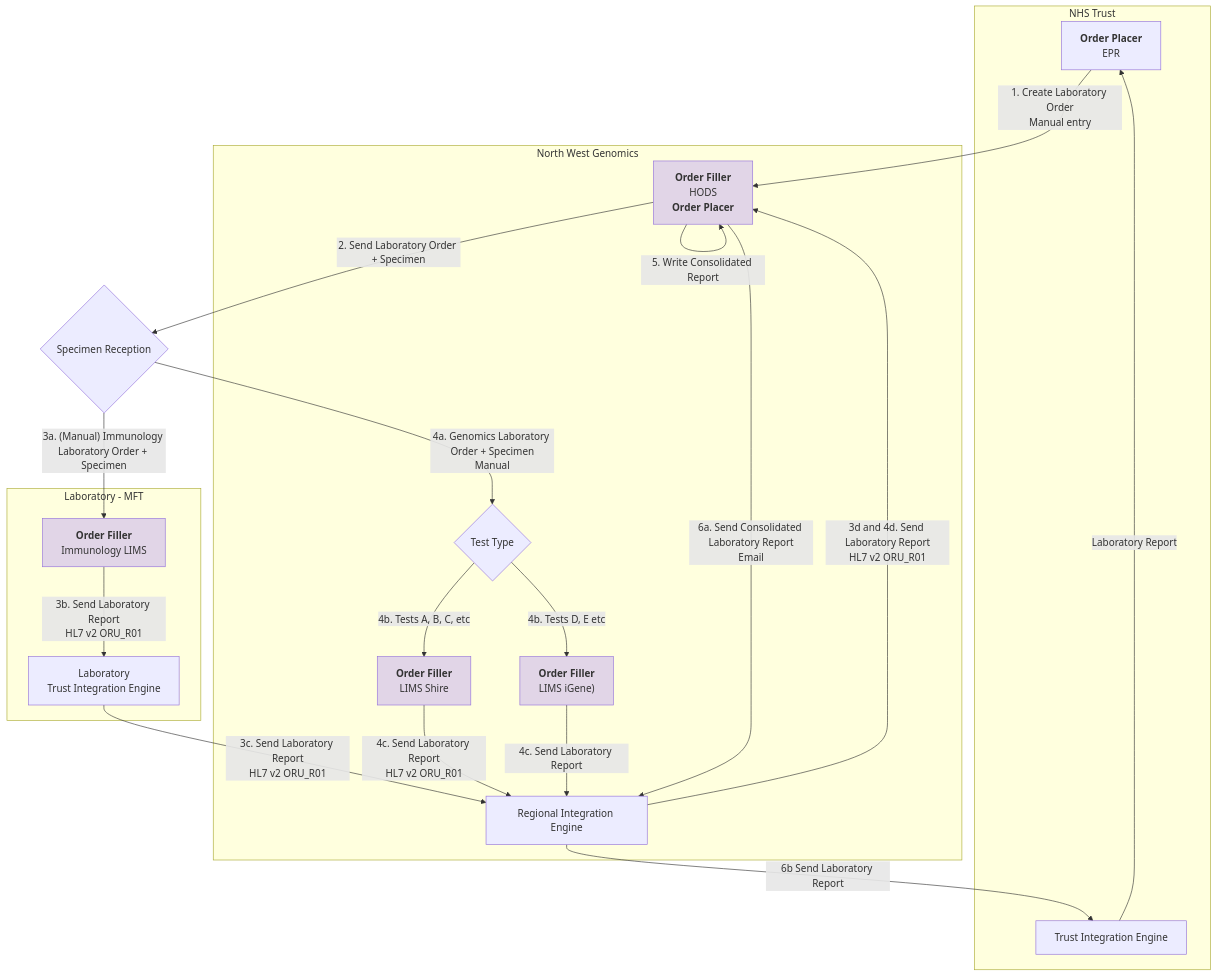
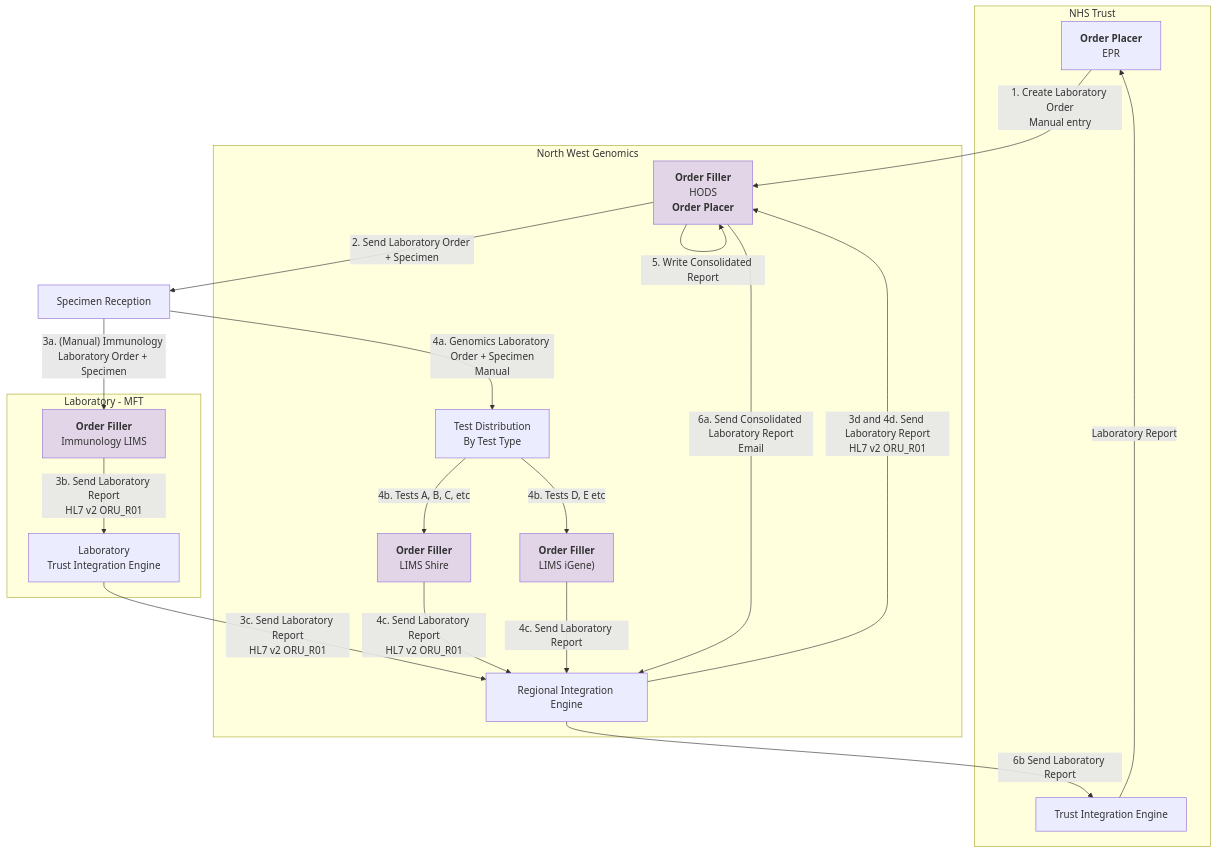
The fourth of 9 diagrams in input/pagecontent/introduction.md (uk-gov-mirror/nw-gmsa.nw-gmsa.github.com), drawn with Mermaid before and after one commit.

Commit message:
Refactored overview HIE

````diff
--- a/input/pagecontent/introduction.md
+++ b/input/pagecontent/introduction.md
@@ -130,40 +130,40 @@
 ```mermaid
 graph TD
 
     subgraph Trust[NHS Trust]
         EPR[<b>Order Placer</b><br/>EPR]
         TIE[Trust Integration Engine]
     end 
     EPR --> |"1. Create Laboratory Order<br/>Manual entry"| HODS
-    HODS --> |"2. Send Laboratory Order + Specimen<br/>"| MFTReception{Specimen Reception}
+    HODS --> |"2. Send Laboratory Order + Specimen<br/>"| MFTReception[Specimen Reception]
     MFTReception --> |"3a. (Manual) Immunology Laboratory Order + Specimen"| LIMS["<b>Order Filler</b><br/>Immunology LIMS"]
    
     subgraph Laboratory["Laboratory - MFT"]
     
         LIMS --> |3b. Send Laboratory Report<br/>HL7 v2 ORU_R01| LIE[Laboratory<br/>Trust Integration Engine]
         
     end 
     LIE --> |3c. Send Laboratory Report<br/>HL7 v2 ORU_R01| RIE
     RIE --> |3d and 4d. Send Laboratory Report<br/>HL7 v2 ORU_R01| HODS
     MFTReception --> |"4a. Genomics Laboratory Order + Specimen<br/>Manual"| TestType
     subgraph NWGenomics[North West Genomics]
         RIE["Regional Integration Engine"]
         HODS["<b>Order Filler</b><br/>HODS<br/><b>Order Placer</b>"]
-        TestType{Test Type} --> |4b. Tests A, B, C, etc| GLHS
-        TestType{Test Type} --> |4b. Tests D, E etc| GLHI
+        TestType[Test Distribution<br/>By Test Type] --> |4b. Tests A, B, C, etc| GLHS
+        TestType --> |4b. Tests D, E etc| GLHI
         GLHS["<b>Order Filler</b><br/>LIMS Shire"]
         GLHS --> |4c. Send Laboratory Report<br/>HL7 v2 ORU_R01| RIE 
         GLHI["<b>Order Filler</b><br/>LIMS iGene)"]
         GLHI --> |4c. Send Laboratory Report<br/>| RIE 
         
     end
     HODS --> |5. Write Consolidated Report| HODS
     HODS --> |"6a. Send Consolidated Laboratory Report<br/>Email"| RIE
 
     RIE --> |6b Send Laboratory Report| TIE
     TIE --> |Laboratory Report| EPR 
 
     classDef purple fill:#E1D5E7;
 
     class NHSTrust,HODS,GLHS,GLHI,LIMS purple
 ```
````
